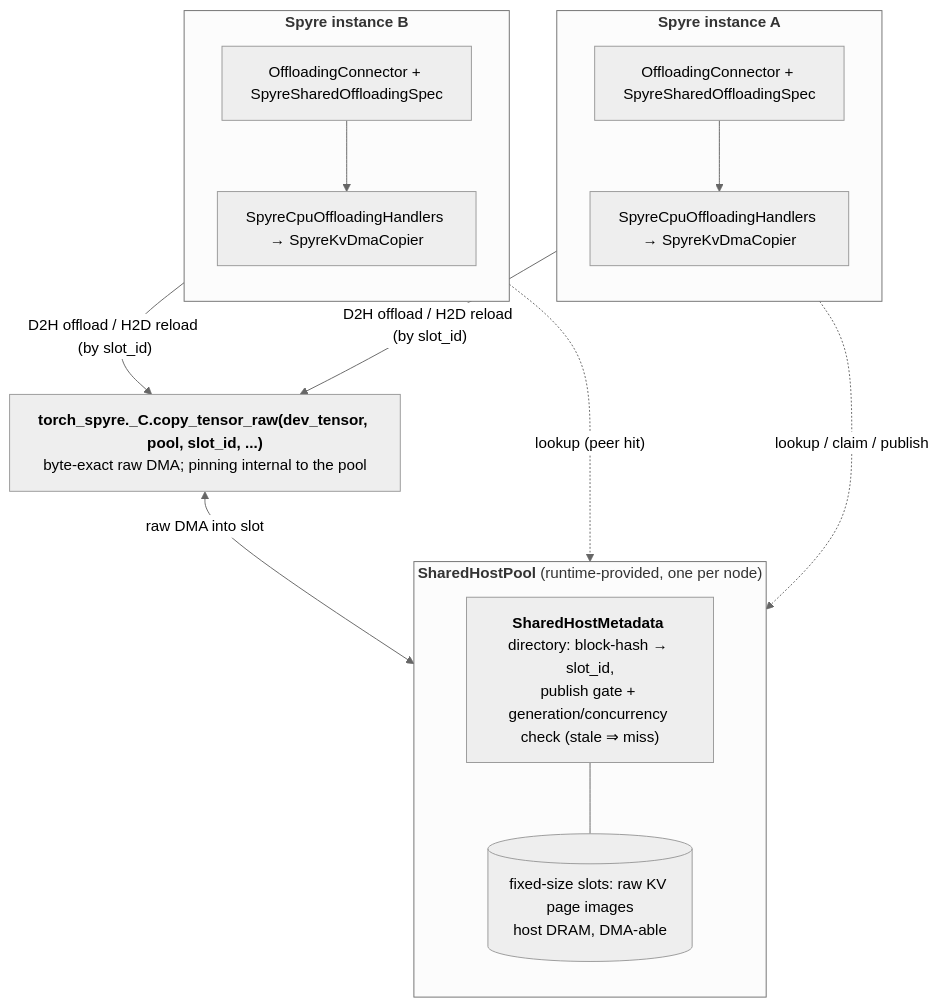
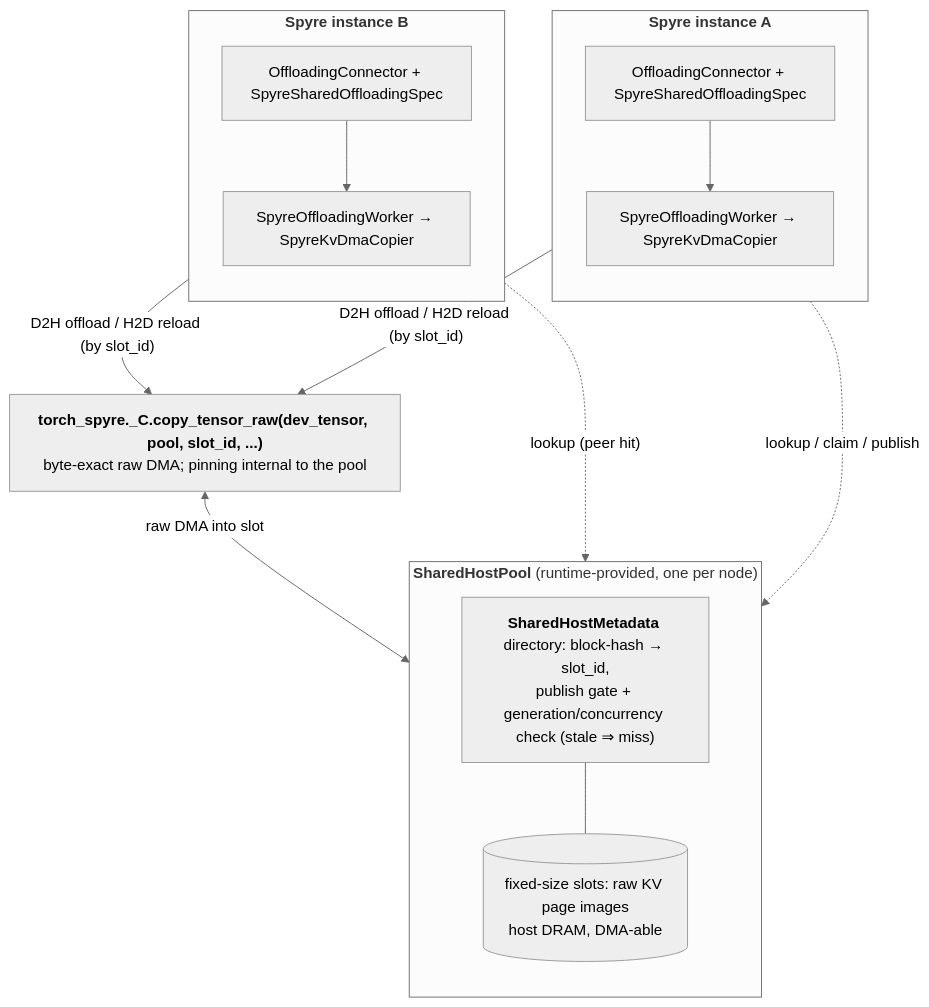
Before and after one commit to torch-spyre/spyre-inference: the second of 2 diagrams in docs/architecture/rfcs/upstream-connector-port.md, drawn with Mermaid. The commit also changed other lines of this file and 4 other files, not shown here.

````diff
--- a/docs/architecture/rfcs/upstream-connector-port.md
+++ b/docs/architecture/rfcs/upstream-connector-port.md
@@ -577,28 +888,28 @@
 ```mermaid
 %%{ init: { "flowchart": { "htmlLabels": true, "curve": "basis" }, "theme": "neutral" } }%%
 flowchart TB
     subgraph instA["<b>Spyre instance A</b>"]
         direction TB
         OA["OffloadingConnector + SpyreSharedOffloadingSpec"]
-        HA["SpyreCpuOffloadingHandlers → SpyreKvDmaCopier"]
+        HA["SpyreOffloadingWorker → SpyreKvDmaCopier"]
         OA --> HA
     end
     subgraph instB["<b>Spyre instance B</b>"]
         direction TB
         OB["OffloadingConnector + SpyreSharedOffloadingSpec"]
-        HB["SpyreCpuOffloadingHandlers → SpyreKvDmaCopier"]
+        HB["SpyreOffloadingWorker → SpyreKvDmaCopier"]
         OB --> HB
     end
     RAW["<b>torch_spyre._C.copy_tensor_raw(dev_tensor, pool, slot_id, ...)</b><br/>byte-exact raw DMA; pinning internal to the pool"]
     subgraph pool["<b>SharedHostPool</b> (runtime-provided, one per node)"]
         direction TB
         HM["<b>SharedHostMetadata</b> directory: block-hash → slot_id,<br/>publish gate + generation/concurrency check (stale ⇒ miss)"]
         SLOTS[("fixed-size slots: raw KV page images<br/>host DRAM, DMA-able")]
         HM --- SLOTS
     end
     HA -->|"D2H offload / H2D reload (by slot_id)"| RAW
     HB -->|"D2H offload / H2D reload (by slot_id)"| RAW
     RAW <-->|"raw DMA into slot"| SLOTS
     HA -. "lookup / claim / publish" .-> HM
     HB -. "lookup (peer hit)" .-> HM
 ```
````
